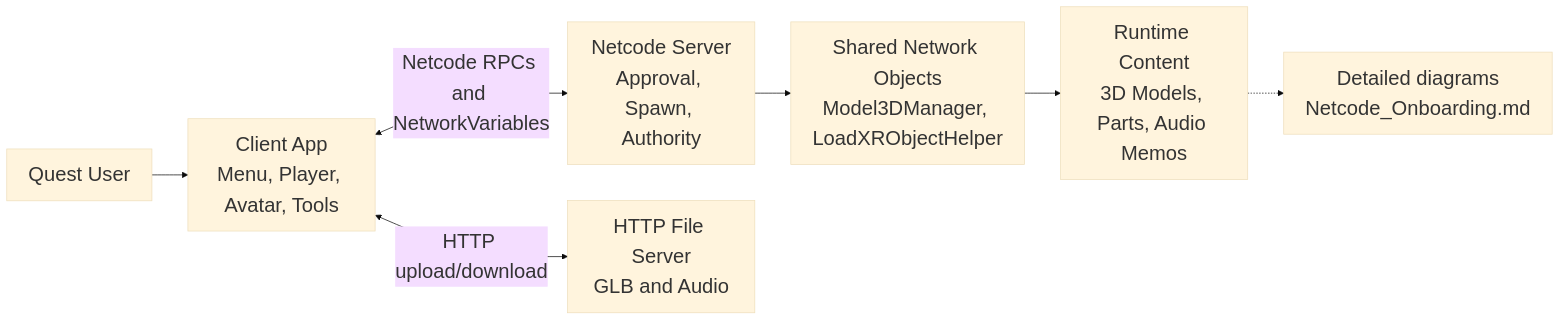
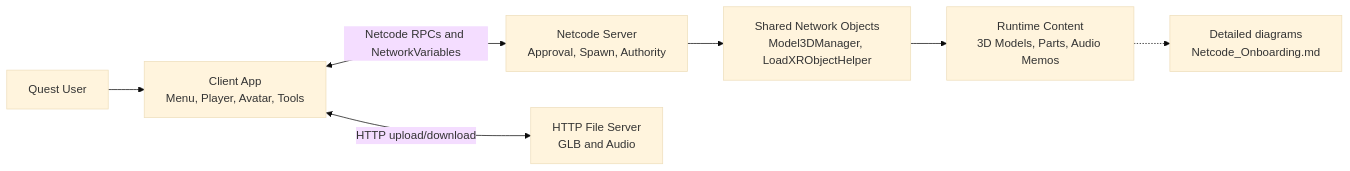
One commit to tamntmirabo/Test_Mermaid changed the first of 7 diagrams in README.md. Above: the diagram before and after it, drawn with Mermaid.

Commit message:
Modify mermaid diagram theme initialization
Updated mermaid diagram initialization parameters in README.md.

````diff
--- a/README.md
+++ b/README.md
@@ -14,10 +14,10 @@
 ```mermaid
-%%{init: {"theme": "base", "themeVariables": {"fontSize": "28px"}, "sequence": {"actorFontSize": 28, "messageFontSize": 28, "noteFontSize": 28}, "themeCSS": "text, tspan, .nodeLabel, .edgeLabel, .actor, .messageText, .labelText, .loopText, .noteText { font-size: 28px !important; }"}}%%
+%%{init: {"theme": "base","themeCSS": "text, tspan, .nodeLabel, .edgeLabel, .actor, .messageText, .labelText, .loopText, .noteText { font-size: 28px !important; }"}}%%
 flowchart LR
     User["Quest User"] --> Client["Client App<br/>Menu, Player, Avatar, Tools"]
     Client <-->|"Netcode RPCs and NetworkVariables"| Server["Netcode Server<br/>Approval, Spawn, Authority"]
     Server --> Shared["Shared Network Objects<br/>Model3DManager, LoadXRObjectHelper"]
     Client <-->|"HTTP upload/download"| Files["HTTP File Server<br/>GLB and Audio"]
     Shared --> Content["Runtime Content<br/>3D Models, Parts, Audio Memos"]
     Content -.-> Detail["Detailed diagrams<br/>Netcode_Onboarding.md"]
 ```
````
